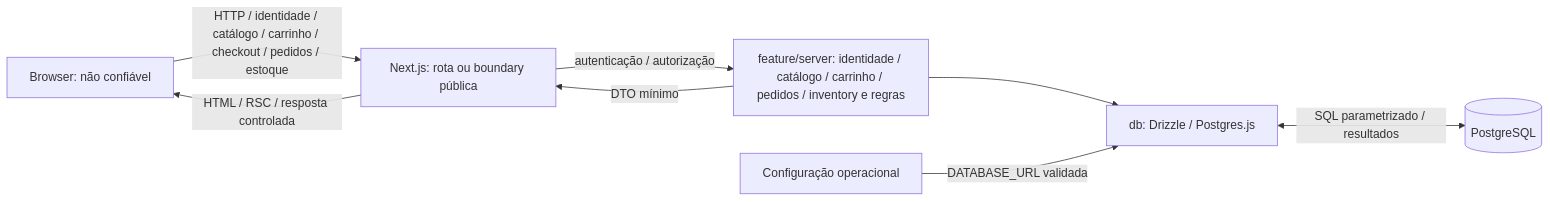
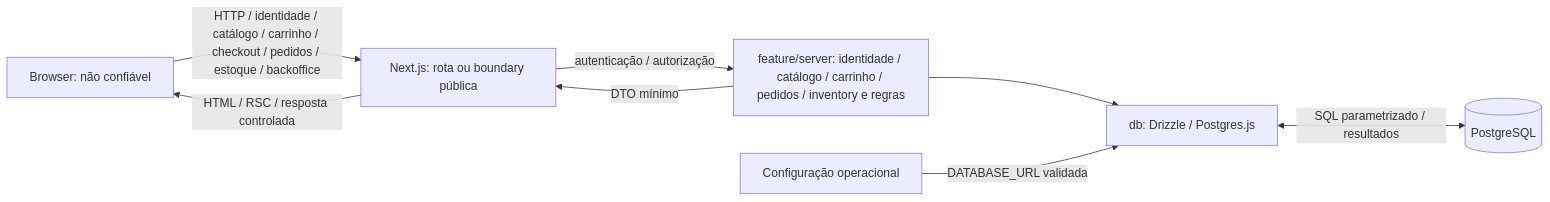
Before and after one commit to joaoapassos/guardian-bay: the diagram in docs/architecture/threat-model.md, drawn with Mermaid. The commit also changed other lines of this file and 2 other files, not shown here.

Commit message:
chore: validate backoffice epic (ECMSG-104)

````diff
--- a/docs/architecture/threat-model.md
+++ b/docs/architecture/threat-model.md
@@ -30,10 +30,10 @@
 ```mermaid
 flowchart LR
-    Browser["Browser: não confiável"] -->|"HTTP / identidade / catálogo / carrinho / checkout / pedidos / estoque"| Next["Next.js: rota ou boundary pública"]
+    Browser["Browser: não confiável"] -->|"HTTP / identidade / catálogo / carrinho / checkout / pedidos / estoque / backoffice"| Next["Next.js: rota ou boundary pública"]
     Next -->|"autenticação / autorização"| Feature["feature/server: identidade / catálogo / carrinho / pedidos / inventory e regras"]
     Feature --> DB["db: Drizzle / Postgres.js"]
     DB <-->|"SQL parametrizado / resultados"| PG[(PostgreSQL)]
     Feature -->|"DTO mínimo"| Next
     Next -->|"HTML / RSC / resposta controlada"| Browser
     Config["Configuração operacional"] -->|"DATABASE_URL validada"| DB
 ```
````
